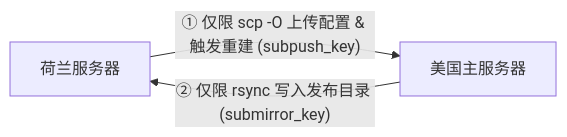
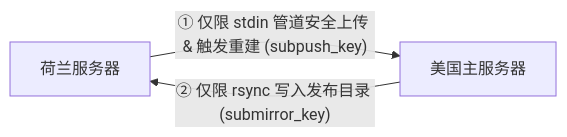
One commit to lockezhan/Xray-Portal changed the diagram in docs/ARCHITECTURE.md. Above: the diagram before and after it, drawn with Mermaid. The commit also changed other lines of this file and 5 other files, not shown here.

Commit message:
docs: document failover architecture and link deployment guides

````diff
--- a/docs/ARCHITECTURE.md
+++ b/docs/ARCHITECTURE.md
@@ -85,5 +92,5 @@
 ```mermaid
 graph LR
-    NL[荷兰服务器] -- "① 仅限 scp -O 上传配置 & 触发重建 (subpush_key)" --> US[美国主服务器]
+    NL[荷兰服务器] -- "① 仅限 stdin 管道安全上传 & 触发重建 (subpush_key)" --> US[美国主服务器]
     US -- "② 仅限 rsync 写入发布目录 (submirror_key)" --> NL
 ```
````
